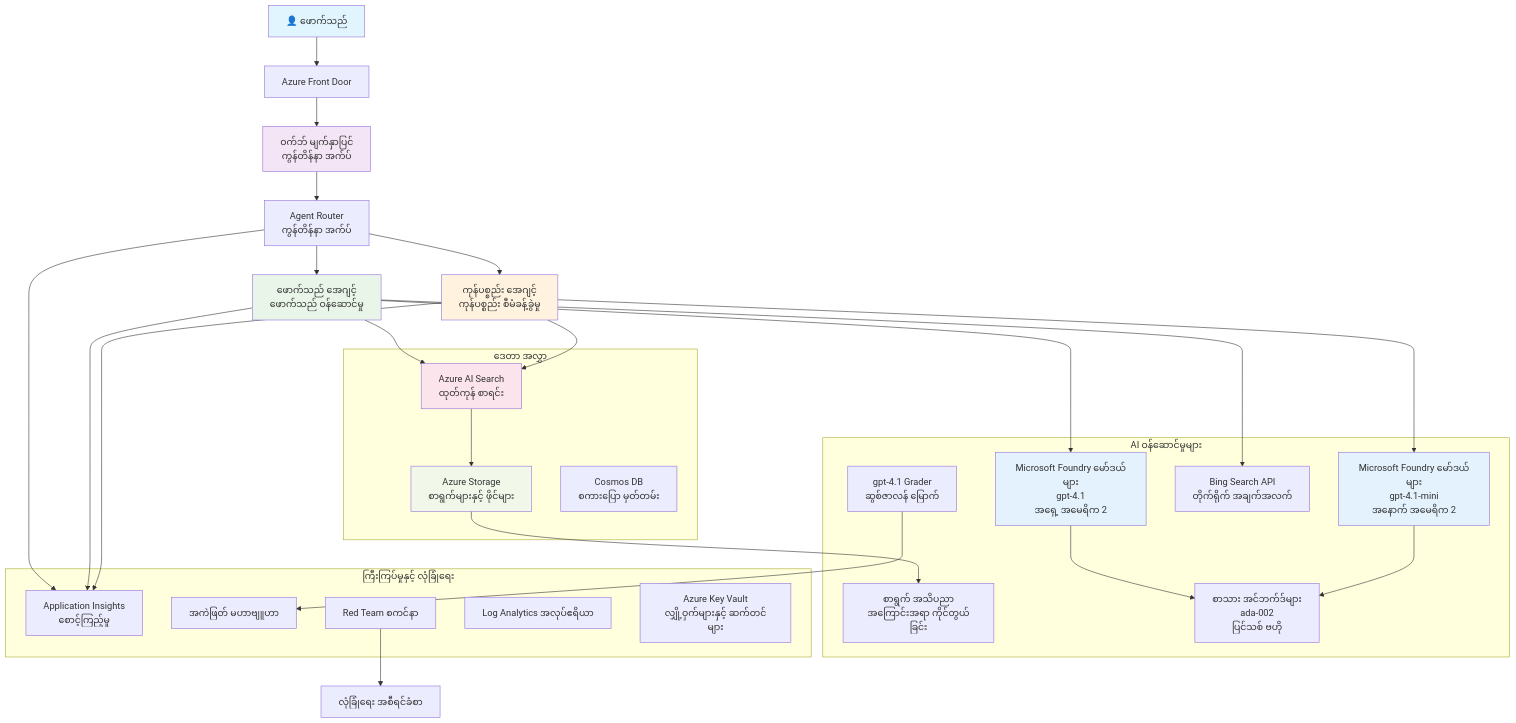
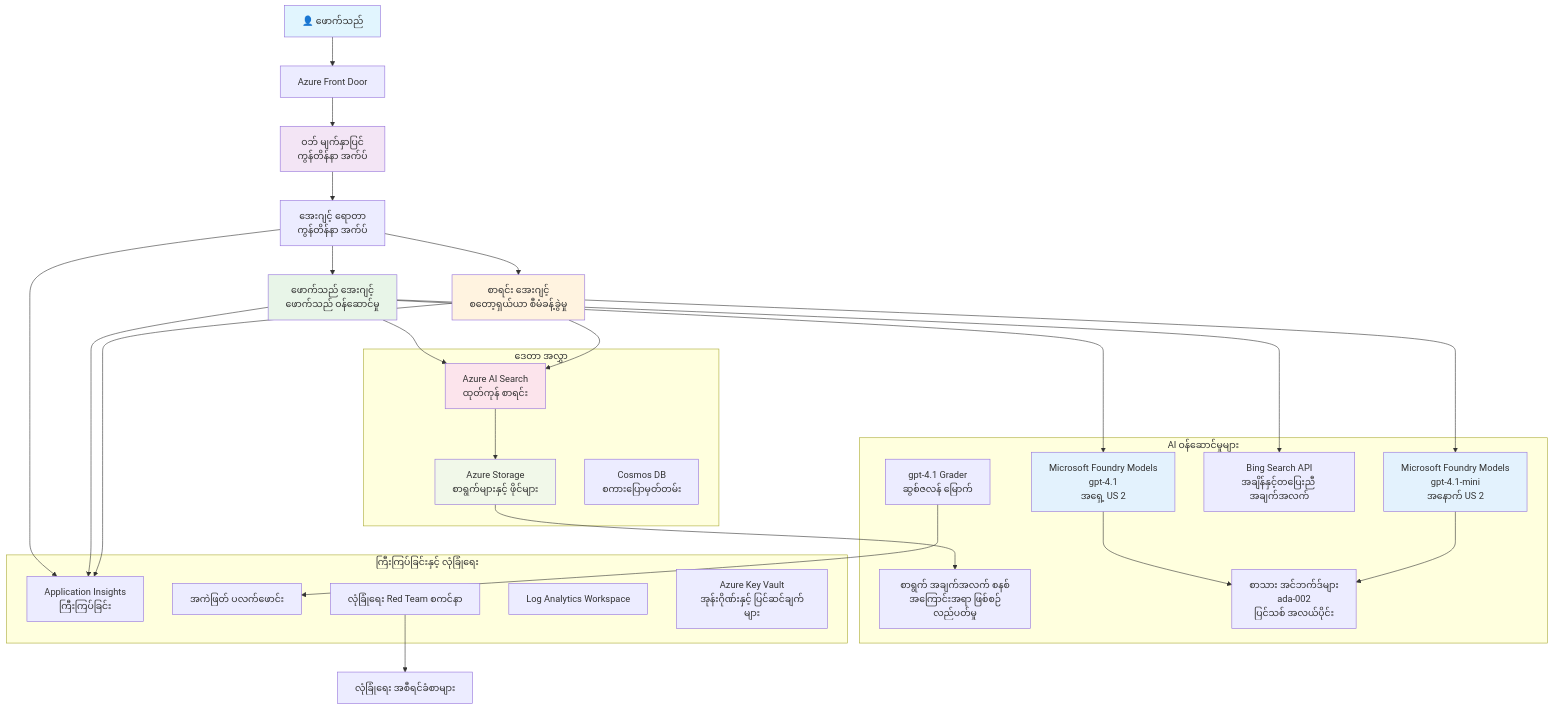
Before and after one commit to microsoft/AZD-for-beginners: the diagram in translations/my/examples/retail-scenario.md, drawn with Mermaid. The commit also changed other lines of this file and 104 other files, not shown here.

````diff
--- a/translations/my/examples/retail-scenario.md
+++ b/translations/my/examples/retail-scenario.md
@@ -139,61 +139,61 @@
 ```mermaid
 graph TB
     User[👤 ဖောက်သည်] --> LB[Azure Front Door]
-    LB --> WebApp[ဝက်ဘ် မျက်နှာပြင်<br/>ကွန်တိန်နာ အက်ပ်]
+    LB --> WebApp[ဝဘ် မျက်နှာပြင်<br/>ကွန်တိန်နာ အက်ပ်]
     
-    WebApp --> Router[Agent Router<br/>ကွန်တိန်နာ အက်ပ်]
-    Router --> CustomerAgent[ဖောက်သည် အေဂျင့်<br/>ဖောက်သည် ဝန်ဆောင်မှု]
-    Router --> InvAgent[ကုန်ပစ္စည်း အေဂျင့်<br/>ကုန်ပစ္စည်း စီမံခန့်ခွဲမှု]
+    WebApp --> Router[အေးဂျင့် ရောတာ<br/>ကွန်တိန်နာ အက်ပ်]
+    Router --> CustomerAgent[ဖောက်သည် အေးဂျင့်<br/>ဖောက်သည် ဝန်ဆောင်မှု]
+    Router --> InvAgent[စာရင်း အေးဂျင့်<br/>စတော့ရှယ်ယာ စီမံခန့်ခွဲမှု]
     
-    CustomerAgent --> OpenAI1[Microsoft Foundry မော်ဒယ်များ<br/>gpt-4.1<br/>အရှေ့ အမေရိက 2]
-    InvAgent --> OpenAI2[Microsoft Foundry မော်ဒယ်များ<br/>gpt-4.1-mini<br/>အနောက် အမေရိက 2]
+    CustomerAgent --> OpenAI1[Microsoft Foundry Models<br/>gpt-4.1<br/>အရှေ့ US 2]
+    InvAgent --> OpenAI2[Microsoft Foundry Models<br/>gpt-4.1-mini<br/>အနောက် US 2]
     
     CustomerAgent --> AISearch[Azure AI Search<br/>ထုတ်ကုန် စာရင်း]
-    CustomerAgent --> BingSearch[Bing Search API<br/>တိုက်ရိုက် အချက်အလက်]
+    CustomerAgent --> BingSearch[Bing Search API<br/>အချိန်နှင့်တပြေးညီ အချက်အလက်]
     InvAgent --> AISearch
     
     AISearch --> Storage[Azure Storage<br/>စာရွက်များနှင့် ဖိုင်များ]
-    Storage --> DocIntel[စာရွက် အသိပညာ<br/>အကြောင်းအရာ ကိုင်တွယ်ခြင်း]
+    Storage --> DocIntel[စာရွက် အချက်အလက် စနစ်<br/>အကြောင်းအရာ ဖြစ်စဉ်လည်ပတ်မှု]
     
-    OpenAI1 --> Embeddings[စာသား အင်ဘက်ဒ်များ<br/>ada-002<br/>ပြင်သစ် ဗဟို]
+    OpenAI1 --> Embeddings[စာသား အင်ဘက်ဒ်များ<br/>ada-002<br/>ပြင်သစ် အလယ်ပိုင်း]
     OpenAI2 --> Embeddings
     
-    Router --> AppInsights[Application Insights<br/>စောင့်ကြည့်မှု]
+    Router --> AppInsights[Application Insights<br/>ကြီးကြပ်ခြင်း]
     CustomerAgent --> AppInsights
     InvAgent --> AppInsights
     
-    GraderModel[gpt-4.1 Grader<br/>ဆွစ်ဇာလန် မြောက်] --> Evaluation[အကဲဖြတ် မဟာဗျူဟာ]
-    RedTeam[Red Team စကင်နာ] --> SecurityReports[လုံခြုံရေး အစီရင်ခံစာ]
+    GraderModel[gpt-4.1 Grader<br/>ဆွစ်ဇလန် မြောက်] --> Evaluation[အကဲဖြတ် ပလက်ဖောင်း]
+    RedTeam[လုံခြုံရေး Red Team စကင်နာ] --> SecurityReports[လုံခြုံရေး အစီရင်ခံစာများ]
     
     subgraph "ဒေတာ အလွှာ"
         Storage
         AISearch
-        CosmosDB[Cosmos DB<br/>စကားပြော မှတ်တမ်း]
+        CosmosDB[Cosmos DB<br/>စကားပြောမှတ်တမ်း]
     end
     
     subgraph "AI ဝန်ဆောင်မှုများ"
         OpenAI1
         OpenAI2
         Embeddings
         GraderModel
         DocIntel
         BingSearch
     end
     
-    subgraph "ကြီးကြပ်မှုနှင့် လုံခြုံရေး"
+    subgraph "ကြီးကြပ်ခြင်းနှင့် လုံခြုံရေး"
         AppInsights
-        LogAnalytics[Log Analytics အလုပ်ဧရိယာ]
-        KeyVault[Azure Key Vault<br/>လျှို့ဝှက်များနှင့် ဆက်တင်များ]
+        LogAnalytics[Log Analytics Workspace]
+        KeyVault[Azure Key Vault<br/>အုန်းဂိုဏ်းနှင့် ပြင်ဆင်ချက်များ]
         RedTeam
         Evaluation
     end
     
     style User fill:#e1f5fe
     style WebApp fill:#f3e5f5
     style CustomerAgent fill:#e8f5e8
     style InvAgent fill:#fff3e0
     style OpenAI1 fill:#e3f2fd
     style OpenAI2 fill:#e3f2fd
     style AISearch fill:#fce4ec
     style Storage fill:#f1f8e9
 ```
````
